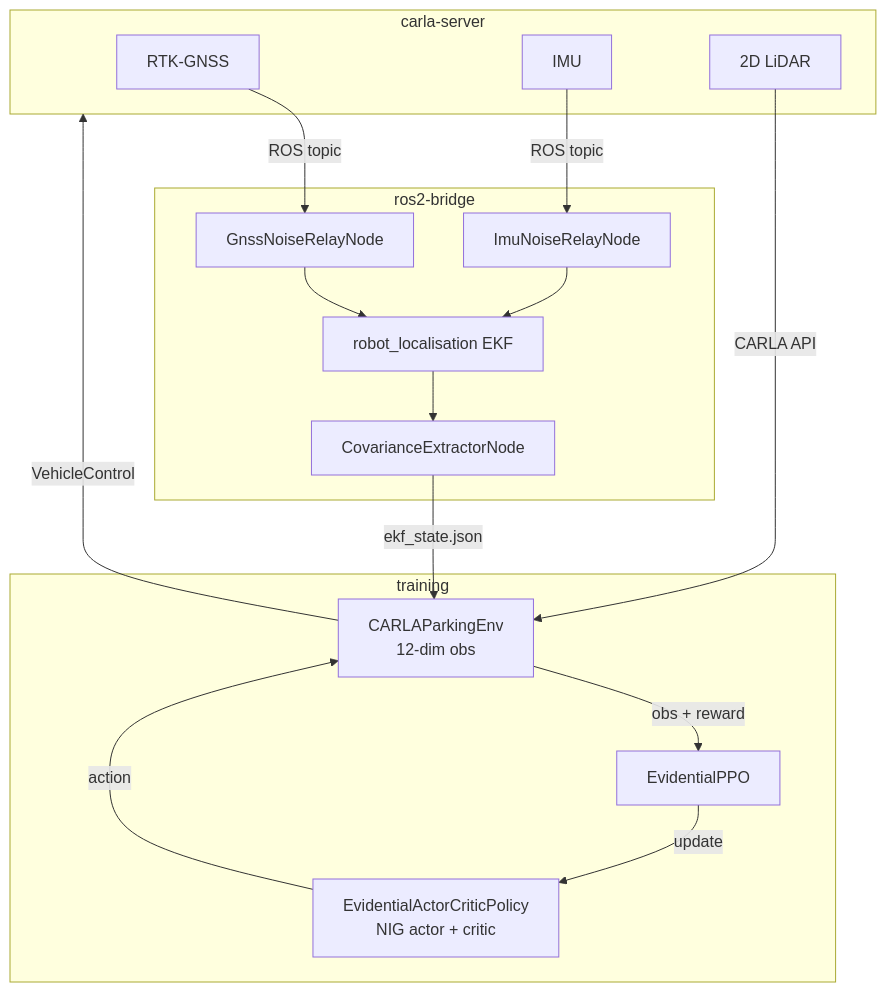
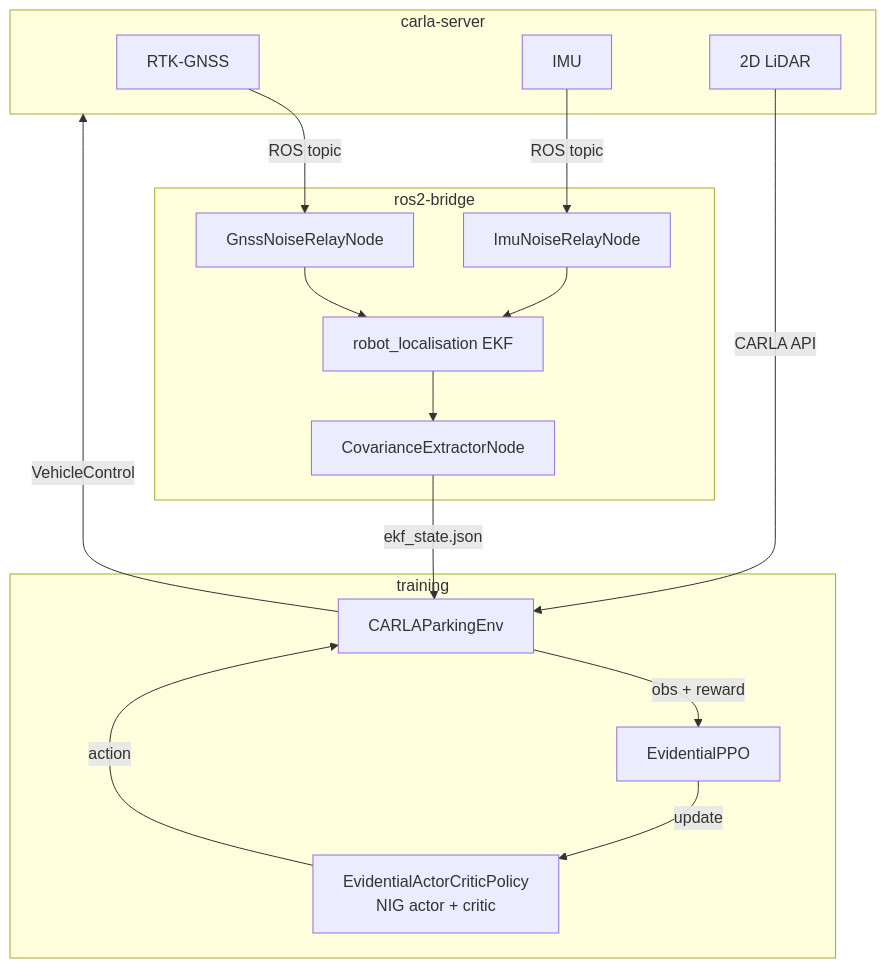
The diagram in README.md (Expo39/Uncertainty-Conditioned-RL-with-Evidential-Policy-Networks-for-Autonomous-Systems), drawn with Mermaid before and after one commit. The commit also changed other lines of this file and 29 other files, not shown here.

````diff
--- a/README.md
+++ b/README.md
@@ -38,33 +38,33 @@
 ```mermaid
 flowchart TB
     subgraph carla["carla-server"]
         S1["RTK-GNSS"]
         S2["IMU"]
         S3["2D LiDAR"]
     end
 
     subgraph ros2["ros2-bridge"]
         R1["GnssNoiseRelayNode"]
         R2["ImuNoiseRelayNode"]
         EKF["robot_localisation EKF"]
         EXT["CovarianceExtractorNode"]
     end
 
     subgraph train["training"]
-        ENV["CARLAParkingEnv\n12-dim obs"]
+        ENV["CARLAParkingEnv"]
         PPO["EvidentialPPO"]
         POL["EvidentialActorCriticPolicy\nNIG actor + critic"]
     end
 
     S1 -->|ROS topic| R1
     S2 -->|ROS topic| R2
     R1 --> EKF
     R2 --> EKF
     EKF --> EXT
     EXT -->|ekf_state.json| ENV
     S3 -->|CARLA API| ENV
     ENV -->|obs + reward| PPO
     PPO -->|update| POL
     POL -->|action| ENV
     ENV -->|VehicleControl| carla
 ```
````
